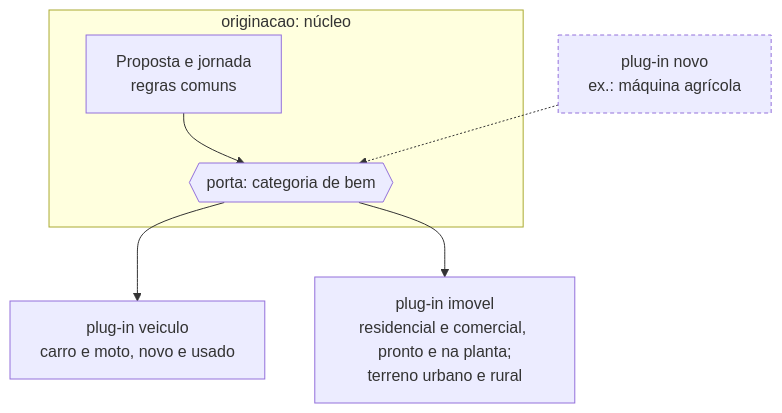
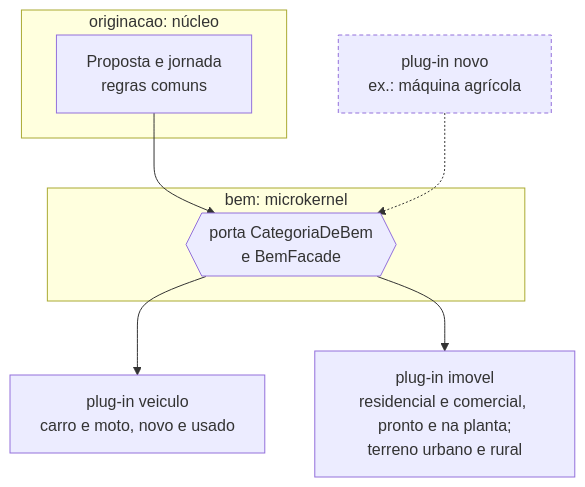
Before and after one commit to lucasqss/sistema-financiamento: the second of 3 diagrams in docs/arquitetura/README.md, drawn with Mermaid. The commit also changed other lines of this file and 78 other files, not shown here.

````diff
--- a/docs/arquitetura/README.md
+++ b/docs/arquitetura/README.md
@@ -106,12 +106,14 @@
 ```mermaid
 flowchart TB
     subgraph nucleo[originacao: núcleo]
         P[Proposta e jornada<br/>regras comuns]
-        PORTA{{porta: categoria de bem}}
-        P --> PORTA
     end
+    subgraph bem[bem: microkernel]
+        PORTA{{porta CategoriaDeBem<br/>e BemFacade}}
+    end
+    P --> PORTA
     PORTA --> VEI[plug-in veiculo<br/>carro e moto, novo e usado]
     PORTA --> IMO[plug-in imovel<br/>residencial e comercial, pronto e na planta;<br/>terreno urbano e rural]
     NOVO[plug-in novo<br/>ex.: máquina agrícola]:::futuro -.-> PORTA
     classDef futuro stroke-dasharray:4 3
 ```
````
